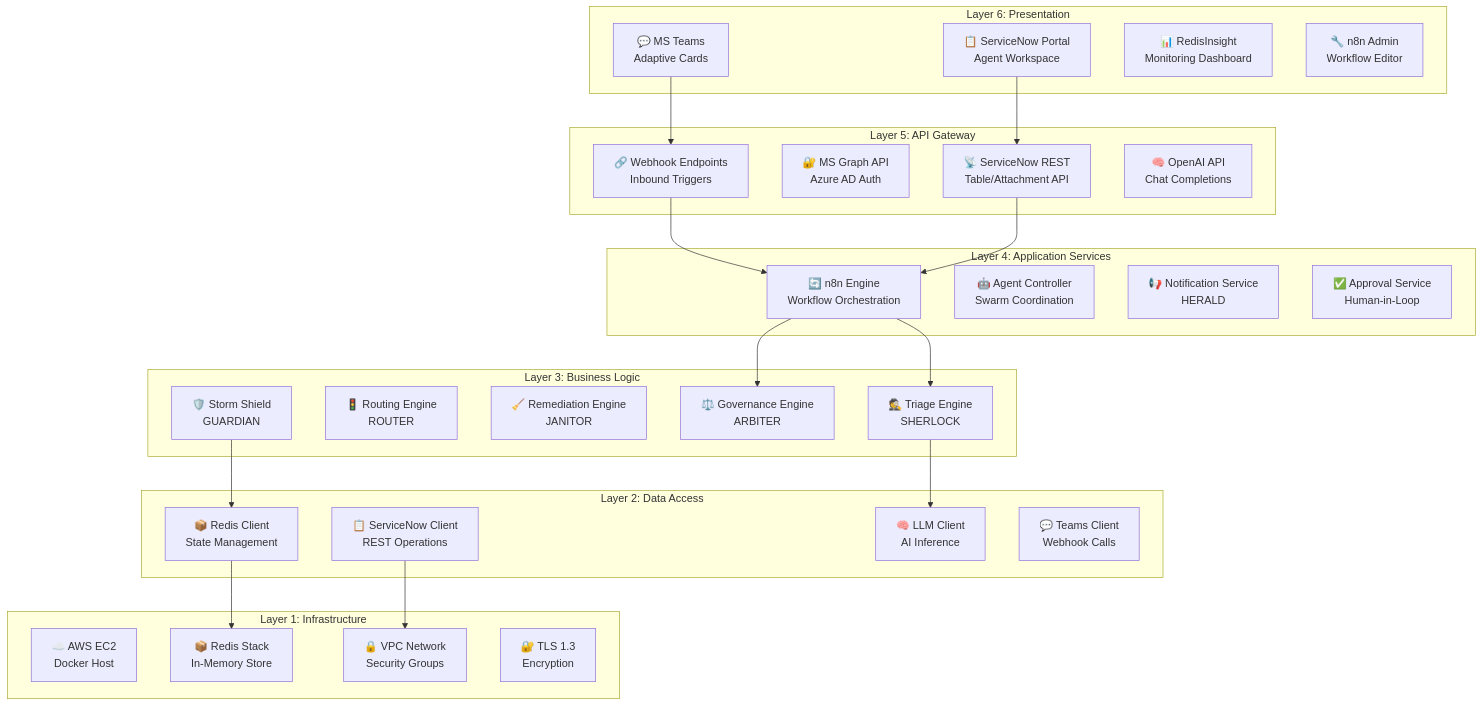
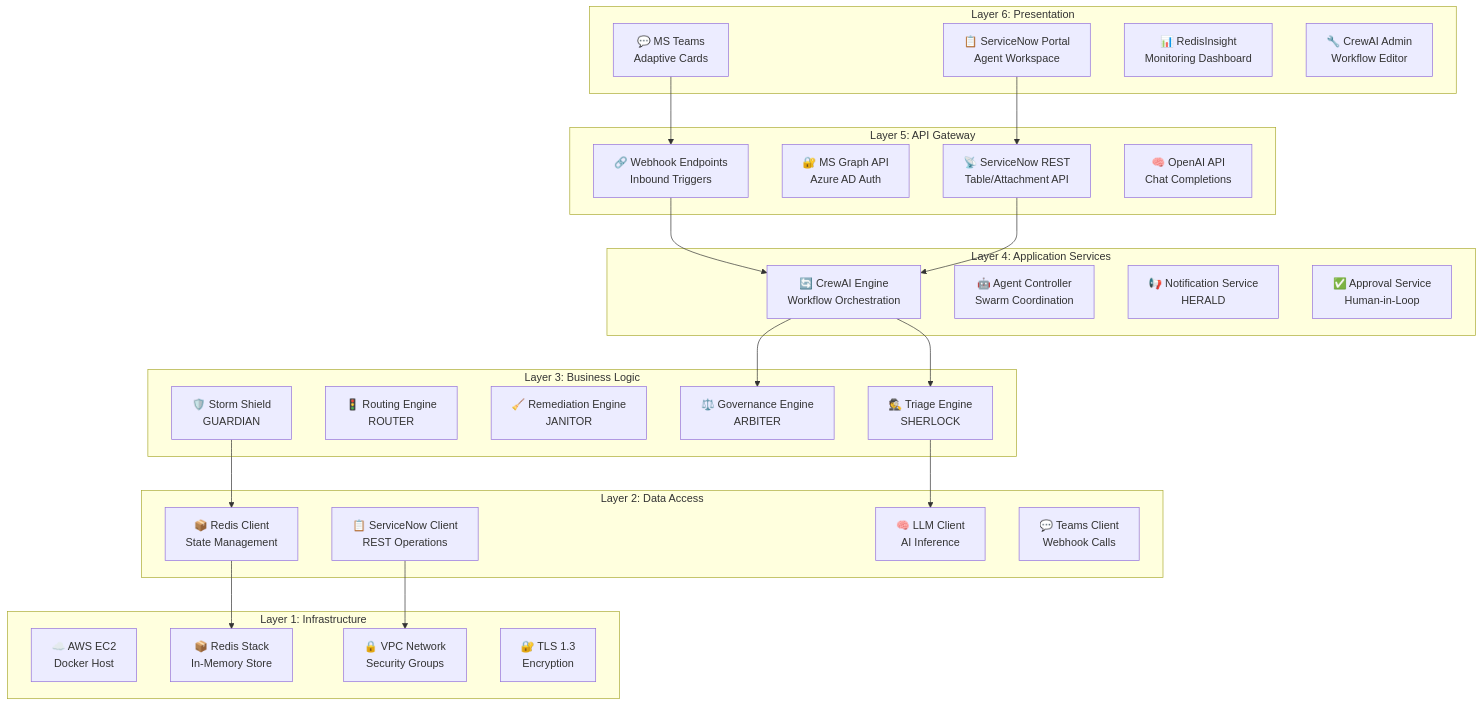
Before and after one commit to maniltns/AEGIS: diagram 13 of 16 in docs/implementation_plan.md, drawn with Mermaid. The commit also changed other lines of this file and 14 other files, not shown here.

Commit message:
docs: Add comprehensive documentation for AEGIS architecture, demo, setup, and executive insights, and update contributing guidelines for the Python/CrewAI agent stack.

````diff
--- a/docs/implementation_plan.md
+++ b/docs/implementation_plan.md
@@ -1013,64 +1013,64 @@
 ```mermaid
 graph TB
     subgraph "Layer 6: Presentation"
         UI_TEAMS["💬 MS Teams<br/>Adaptive Cards"]
         UI_SNOW["📋 ServiceNow Portal<br/>Agent Workspace"]
         UI_INSIGHT["📊 RedisInsight<br/>Monitoring Dashboard"]
-        UI_N8N["🔧 n8n Admin<br/>Workflow Editor"]
+        UI_CrewAI["🔧 CrewAI Admin<br/>Workflow Editor"]
     end
 
     subgraph "Layer 5: API Gateway"
         API_WEBHOOK["🔗 Webhook Endpoints<br/>Inbound Triggers"]
         API_GRAPH["🔐 MS Graph API<br/>Azure AD Auth"]
         API_SNOW["📡 ServiceNow REST<br/>Table/Attachment API"]
         API_OPENAI["🧠 OpenAI API<br/>Chat Completions"]
     end
 
     subgraph "Layer 4: Application Services"
-        SVC_N8N["🔄 n8n Engine<br/>Workflow Orchestration"]
+        SVC_CrewAI["🔄 CrewAI Engine<br/>Workflow Orchestration"]
         SVC_AGENT["🤖 Agent Controller<br/>Swarm Coordination"]
         SVC_NOTIFY["📢 Notification Service<br/>HERALD"]
         SVC_APPROVE["✅ Approval Service<br/>Human-in-Loop"]
     end
 
     subgraph "Layer 3: Business Logic"
         BIZ_TRIAGE["🕵️ Triage Engine<br/>SHERLOCK"]
         BIZ_ROUTE["🚦 Routing Engine<br/>ROUTER"]
         BIZ_REMED["🧹 Remediation Engine<br/>JANITOR"]
         BIZ_GOV["⚖️ Governance Engine<br/>ARBITER"]
         BIZ_STORM["🛡️ Storm Shield<br/>GUARDIAN"]
     end
 
     subgraph "Layer 2: Data Access"
         DAL_SNOW["📋 ServiceNow Client<br/>REST Operations"]
         DAL_REDIS["📦 Redis Client<br/>State Management"]
         DAL_LLM["🧠 LLM Client<br/>AI Inference"]
         DAL_TEAMS["💬 Teams Client<br/>Webhook Calls"]
     end
 
     subgraph "Layer 1: Infrastructure"
         INFRA_AWS["☁️ AWS EC2<br/>Docker Host"]
         INFRA_REDIS["📦 Redis Stack<br/>In-Memory Store"]
         INFRA_NET["🔒 VPC Network<br/>Security Groups"]
         INFRA_SSL["🔐 TLS 1.3<br/>Encryption"]
     end
 
     %% Connections between layers
     UI_TEAMS --> API_WEBHOOK
     UI_SNOW --> API_SNOW
-    API_WEBHOOK --> SVC_N8N
-    API_SNOW --> SVC_N8N
-    SVC_N8N --> BIZ_TRIAGE
-    SVC_N8N --> BIZ_GOV
+    API_WEBHOOK --> SVC_CrewAI
+    API_SNOW --> SVC_CrewAI
+    SVC_CrewAI --> BIZ_TRIAGE
+    SVC_CrewAI --> BIZ_GOV
     BIZ_TRIAGE --> DAL_LLM
     BIZ_STORM --> DAL_REDIS
     DAL_REDIS --> INFRA_REDIS
     DAL_SNOW --> INFRA_NET
 
     classDef layer6 fill:#E3F2FD,stroke:#1976D2
     classDef layer5 fill:#F3E5F5,stroke:#7B1FA2
     classDef layer4 fill:#E8F5E9,stroke:#388E3C
     classDef layer3 fill:#FFF3E0,stroke:#F57C00
     classDef layer2 fill:#FFEBEE,stroke:#D32F2F
     classDef layer1 fill:#F5F5F5,stroke:#616161
 ```
````
